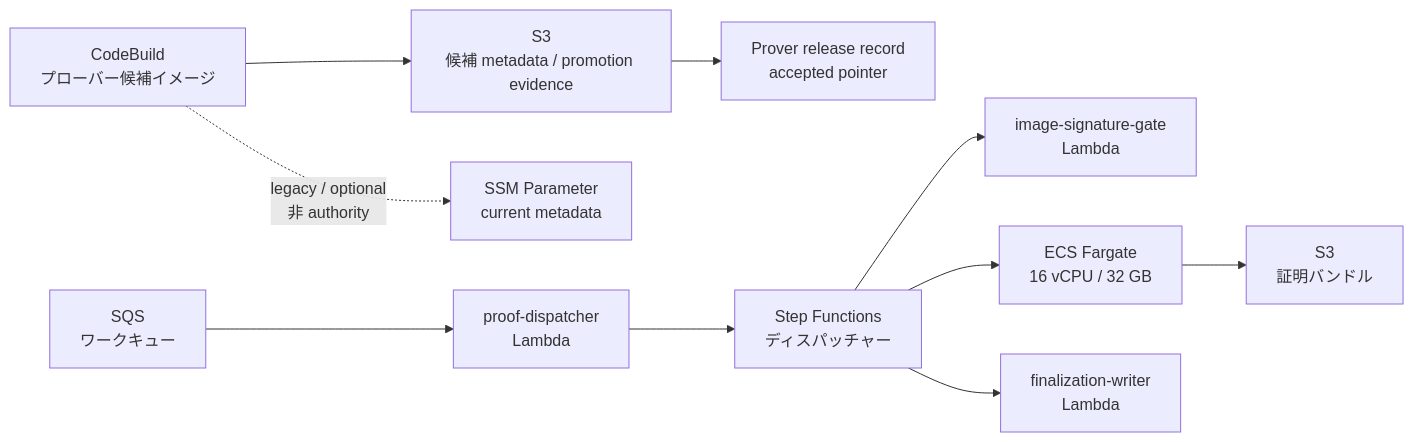
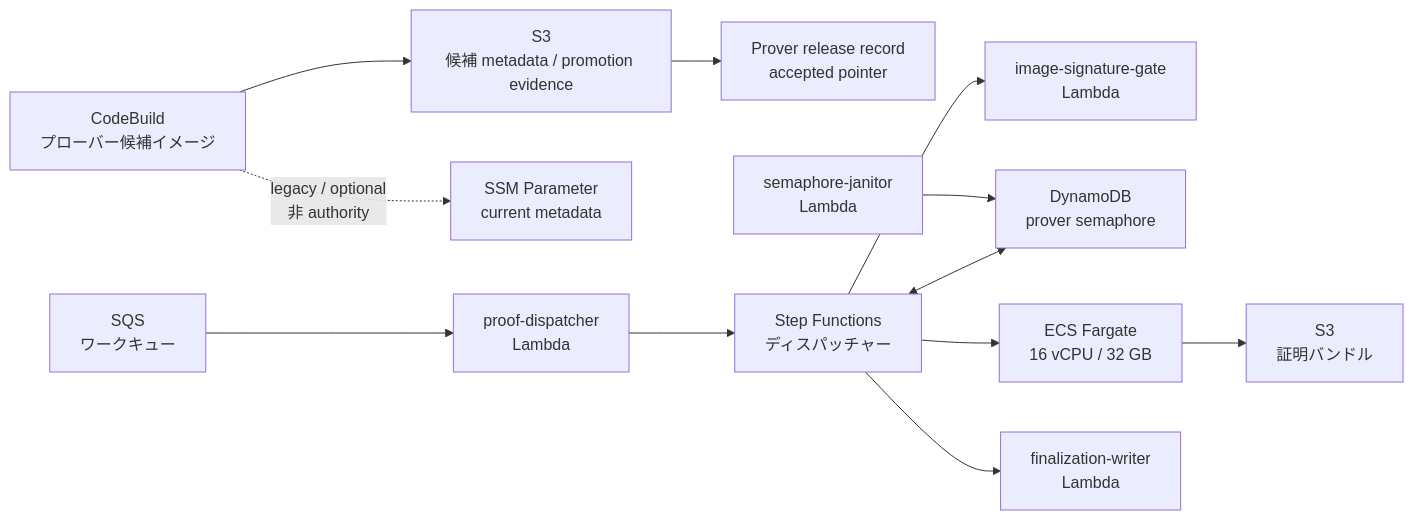
One commit to hwatanabe-jp/stark-ballot-simulator-public changed the second of 4 diagrams in public-book/src/aws/topology.md. Above: the diagram before and after it, drawn with Mermaid. The commit also changed other lines of this file and 275 other files, not shown here.

````diff
--- a/public-book/src/aws/topology.md
+++ b/public-book/src/aws/topology.md
@@ -78,12 +89,14 @@
 ```mermaid
 flowchart LR
   CODEBUILD["CodeBuild<br/>プローバー候補イメージ"] --> META["S3<br/>候補 metadata / promotion evidence"]
   CODEBUILD -. legacy / optional<br/>非 authority .-> SSM["SSM Parameter<br/>current metadata"]
   META --> RECORD["Prover release record<br/>accepted pointer"]
   SQS["SQS<br/>ワークキュー"] --> DP["proof-dispatcher<br/>Lambda"]
   DP --> SFN["Step Functions<br/>ディスパッチャー"]
   SFN --> SIG["image-signature-gate<br/>Lambda"]
+  SFN <--> SEM["DynamoDB<br/>prover semaphore"]
+  JANITOR["semaphore-janitor<br/>Lambda"] --> SEM
   SFN --> ECS["ECS Fargate<br/>16 vCPU / 32 GB"]
   SFN --> CALLBACK["finalization-writer<br/>Lambda"]
   ECS --> S3["S3<br/>証明バンドル"]
 ```
````
